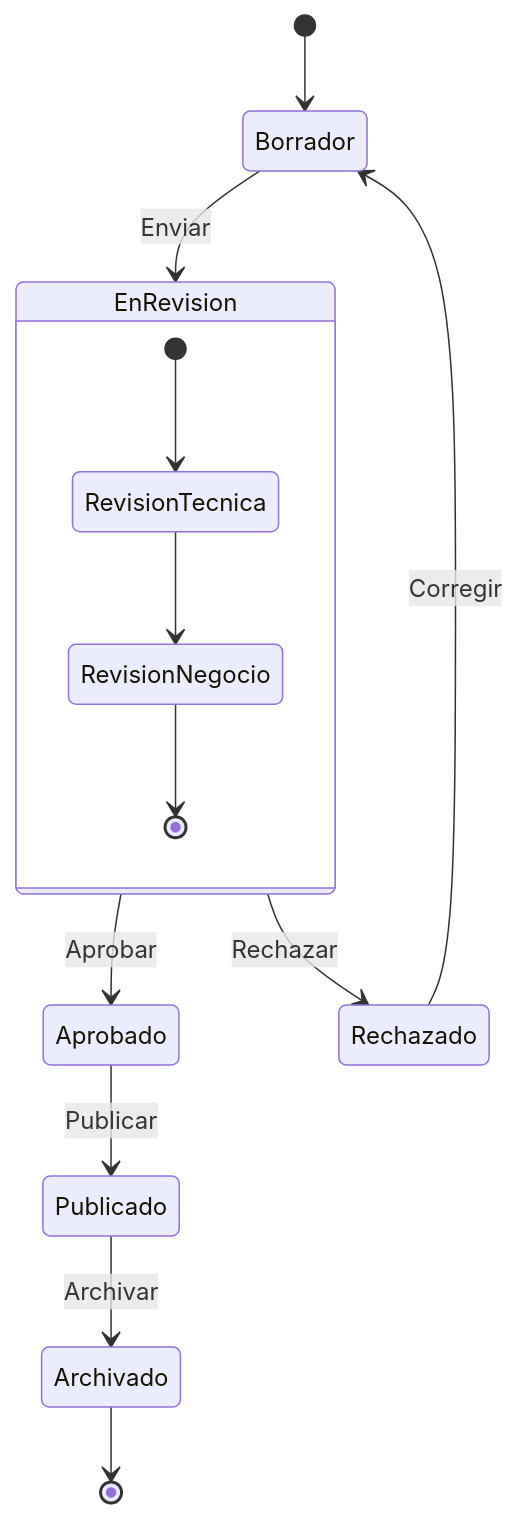
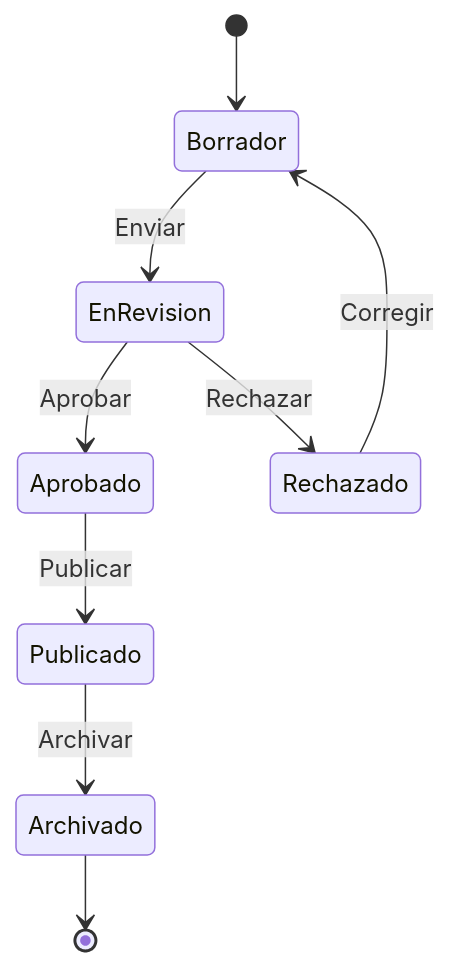
Before and after one commit to angelnoelduranflorez/mermaid-presentation: the fifth of 16 diagrams in DIALOGO-PRESENTACION.md, drawn with Mermaid. The commit also changed other lines of this file and 2 other files, not shown here.

````diff
--- a/DIALOGO-PRESENTACION.md
+++ b/DIALOGO-PRESENTACION.md
@@ -384,17 +384,11 @@
 ```mermaid
 stateDiagram-v2
     [*] --> Borrador
     Borrador --> EnRevision : Enviar
     EnRevision --> Aprobado : Aprobar
     EnRevision --> Rechazado : Rechazar
     Rechazado --> Borrador : Corregir
     Aprobado --> Publicado : Publicar
     Publicado --> Archivado : Archivar
     Archivado --> [*]
-    
-    state EnRevision {
-        [*] --> RevisionTecnica
-        RevisionTecnica --> RevisionNegocio
-        RevisionNegocio --> [*]
-    }
 ```
````
